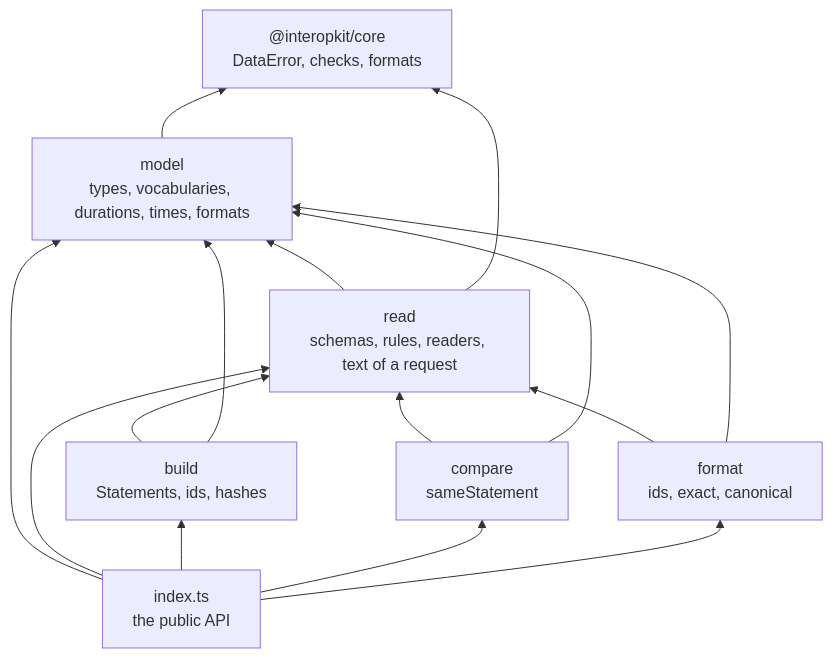
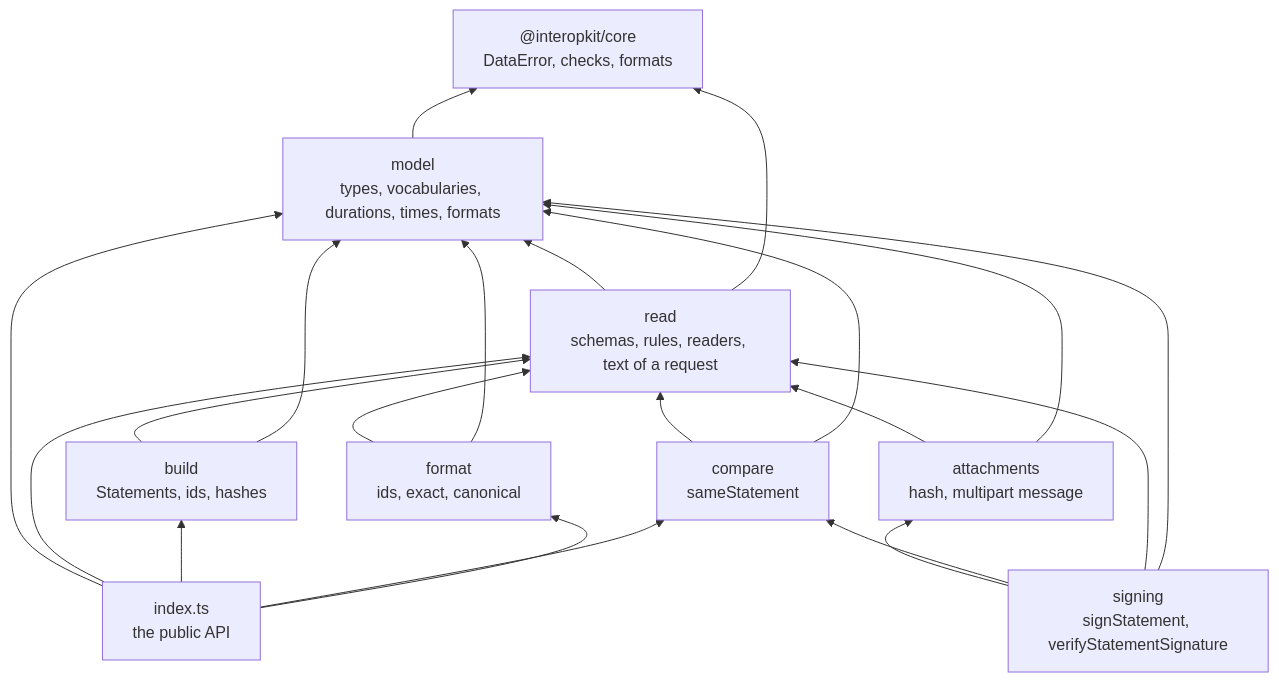
The first of 2 diagrams in docs/learning-records/architecture.md (interopkit/interopkit), drawn with Mermaid before and after one commit. The commit also changed other lines of this file and 41 other files, not shown here.

First line of the commit message:
Add signing and attachments to learning-records

````diff
--- a/docs/learning-records/architecture.md
+++ b/docs/learning-records/architecture.md
@@ -8,24 +10,32 @@
 ```mermaid
 flowchart BT
   core["@interopkit/core<br/>DataError, checks, formats"]
   model["model<br/>types, vocabularies, durations, times, formats"]
   read["read<br/>schemas, rules, readers, text of a request"]
   build["build<br/>Statements, ids, hashes"]
   compare["compare<br/>sameStatement"]
   format["format<br/>ids, exact, canonical"]
+  attachments["attachments<br/>hash, multipart message"]
+  signing["signing<br/>signStatement, verifyStatementSignature"]
   root["index.ts<br/>the public API"]
   read --> model
   read --> core
   model --> core
   build --> read
   compare --> read
   format --> read
   build --> model
   compare --> model
   format --> model
+  attachments --> read
+  attachments --> model
+  signing --> attachments
+  signing --> compare
+  signing --> read
+  signing --> model
   root --> model
   root --> read
   root --> build
   root --> compare
   root --> format
 ```
````
